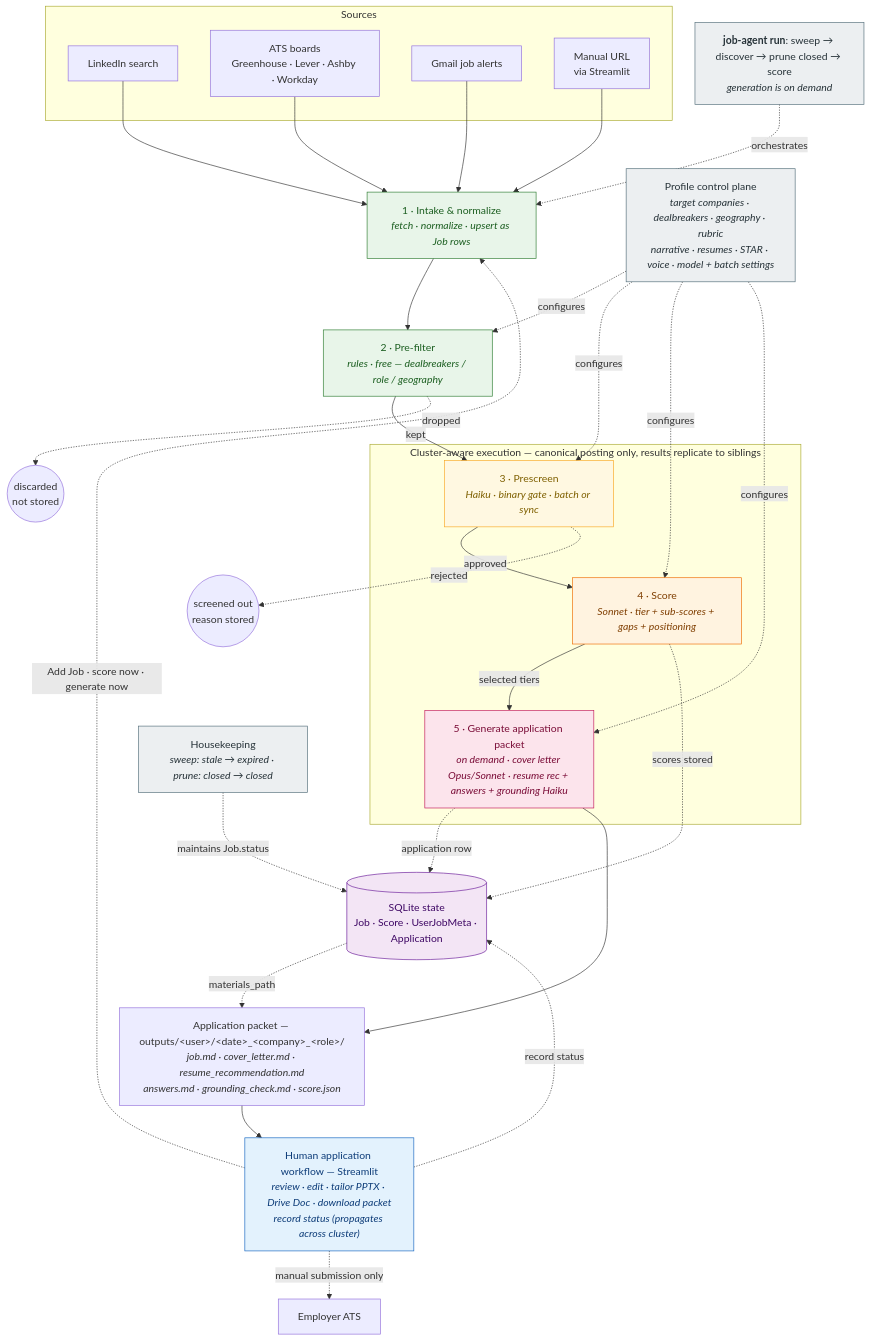
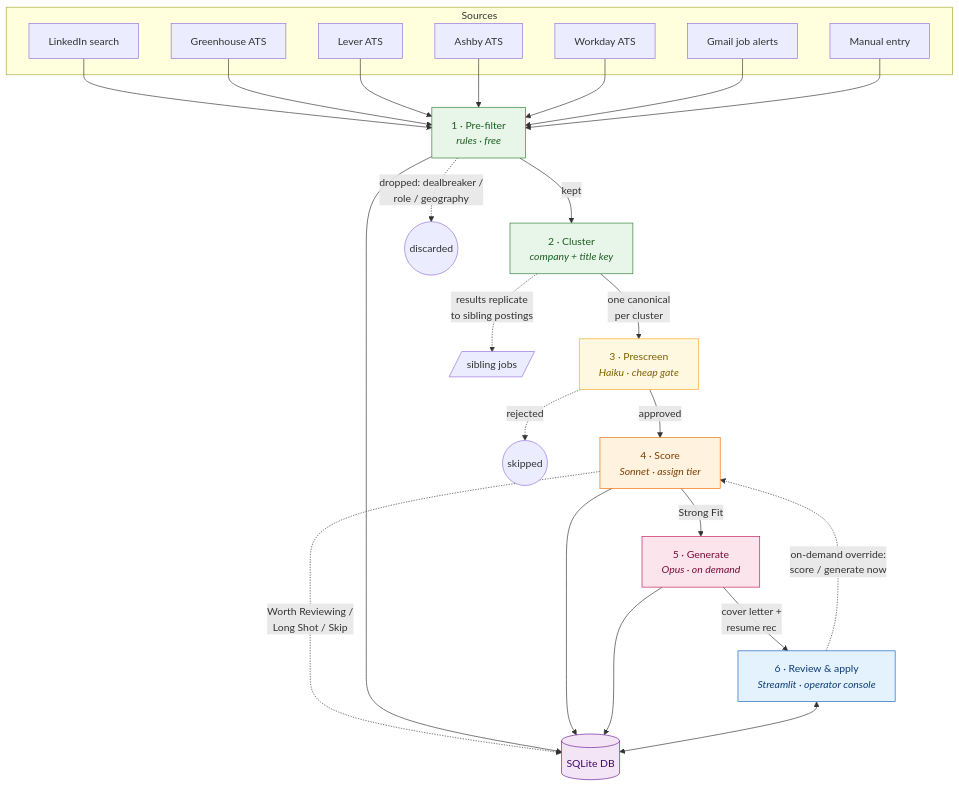
One commit to theokelly/job-search-pipeline changed the first of 2 diagrams in OVERVIEW.md. Above: the diagram before and after it, drawn with Mermaid. The commit also changed other lines of this file and 3 other files, not shown here.

Commit message:
docs: restyle diagrams — funnel back to original layout; architecture rebuilt around Drive

````diff
--- a/OVERVIEW.md
+++ b/OVERVIEW.md
@@ -78,73 +78,58 @@
 ```mermaid
 flowchart TD
-    RUN["<b>job-agent run</b>: sweep → discover → prune closed → score<br/><i>generation is on demand</i>"]
-
     subgraph SRC[Sources]
         LI[LinkedIn search]
-        ATS[ATS boards<br/>Greenhouse · Lever · Ashby · Workday]
+        GH[Greenhouse ATS]
+        LV[Lever ATS]
+        AS[Ashby ATS]
+        WD[Workday ATS]
         EM[Gmail job alerts]
-        MAN[Manual URL<br/>via Streamlit]
+        MAN[Manual entry]
     end
 
-    LI --> INT
-    ATS --> INT
-    EM --> INT
-    MAN --> INT
-    RUN -.->|orchestrates| INT
+    LI --> F
+    GH --> F
+    LV --> F
+    AS --> F
+    WD --> F
+    EM --> F
+    MAN --> F
 
-    INT["1 · Intake &amp; normalize<br/><i>fetch · normalize · upsert as Job rows</i>"]
-    F["2 · Pre-filter<br/><i>rules · free — dealbreakers / role / geography</i>"]
+    F["1 · Pre-filter<br/><i>rules · free</i>"]
+    CL["2 · Cluster<br/><i>company + title key</i>"]
+    PS["3 · Prescreen<br/><i>Haiku · cheap gate</i>"]
+    SC["4 · Score<br/><i>Sonnet · assign tier</i>"]
+    GEN["5 · Generate<br/><i>Opus · on demand</i>"]
+    UI["6 · Review &amp; apply<br/><i>Streamlit · operator console</i>"]
 
-    INT --> F
-    F -->|kept| PS
-    F -.->|dropped| X1((discarded<br/>not stored))
+    F -->|kept| CL
+    F -.->|dropped: dealbreaker /<br/>role / geography| X1((discarded))
+    CL -->|one canonical<br/>per cluster| PS
+    PS -->|approved| SC
+    PS -.->|rejected| X2((skipped))
+    SC -->|Strong Fit| GEN
+    SC -.->|Worth Reviewing /<br/>Long Shot / Skip| DB[(SQLite DB)]
+    GEN -->|cover letter +<br/>resume rec| UI
 
-    subgraph CLUS[Cluster-aware execution — canonical posting only, results replicate to siblings]
-        PS["3 · Prescreen<br/><i>Haiku · binary gate · batch or sync</i>"]
-        SC["4 · Score<br/><i>Sonnet · tier + sub-scores + gaps + positioning</i>"]
-        GEN["5 · Generate application packet<br/><i>on demand · cover letter Opus/Sonnet · resume rec + answers + grounding Haiku</i>"]
-        PS -->|approved| SC
-        SC -->|selected tiers| GEN
-    end
+    CL -. "results replicate<br/>to sibling postings" .-> SIB[/sibling jobs/]
 
-    PS -.->|rejected| X2((screened out<br/>reason stored))
-
-    PROF["Profile control plane<br/><i>target companies · dealbreakers · geography · rubric<br/>narrative · resumes · STAR · voice · model + batch settings</i>"]
-    PROF -.->|configures| F
-    PROF -.->|configures| PS
-    PROF -.->|configures| SC
-    PROF -.->|configures| GEN
-
-    DB[("SQLite state<br/>Job · Score · UserJobMeta · Application")]
-    SC -.->|scores stored| DB
-    GEN -.->|application row| DB
-
-    OUT["Application packet — outputs/&lt;user&gt;/&lt;date&gt;_&lt;company&gt;_&lt;role&gt;/<br/><i>job.md · cover_letter.md · resume_recommendation.md<br/>answers.md · grounding_check.md · score.json</i>"]
-    GEN --> OUT
-    DB -.->|materials_path| OUT
-
-    HK["Housekeeping<br/><i>sweep: stale → expired · prune: closed → closed</i>"]
-    HK -.->|maintains Job.status| DB
-
-    HUM["Human application workflow — Streamlit<br/><i>review · edit · tailor PPTX · Drive Doc · download packet<br/>record status (propagates across cluster)</i>"]
-    OUT --> HUM
-    HUM -.->|manual submission only| EMP[Employer ATS]
-    HUM -.->|record status| DB
-    HUM -.->|Add Job · score now · generate now| INT
+    F --> DB
+    SC --> DB
+    GEN --> DB
+    UI <--> DB
+    UI -.->|on-demand override:<br/>score / generate now| SC
 
     classDef free fill:#e8f5e9,stroke:#2e7d32,color:#1b5e20;
     classDef cheap fill:#fff8e1,stroke:#f9a825,color:#7f6000;
     classDef mid fill:#fff3e0,stroke:#ef6c00,color:#7f3e00;
     classDef expensive fill:#fce4ec,stroke:#c2185b,color:#7a0c37;
     classDef human fill:#e3f2fd,stroke:#1565c0,color:#0d3c78;
     classDef store fill:#f3e5f5,stroke:#6a1b9a,color:#3e0764;
-    classDef ctrl fill:#eceff1,stroke:#546e7a,color:#263238;
 
-    class INT,F free;
+    class F,CL free;
     class PS cheap;
     class SC mid;
     class GEN expensive;
-    class HUM human;
+    class UI human;
     class DB store;
-    class PROF,RUN,HK ctrl;
 ```
````
